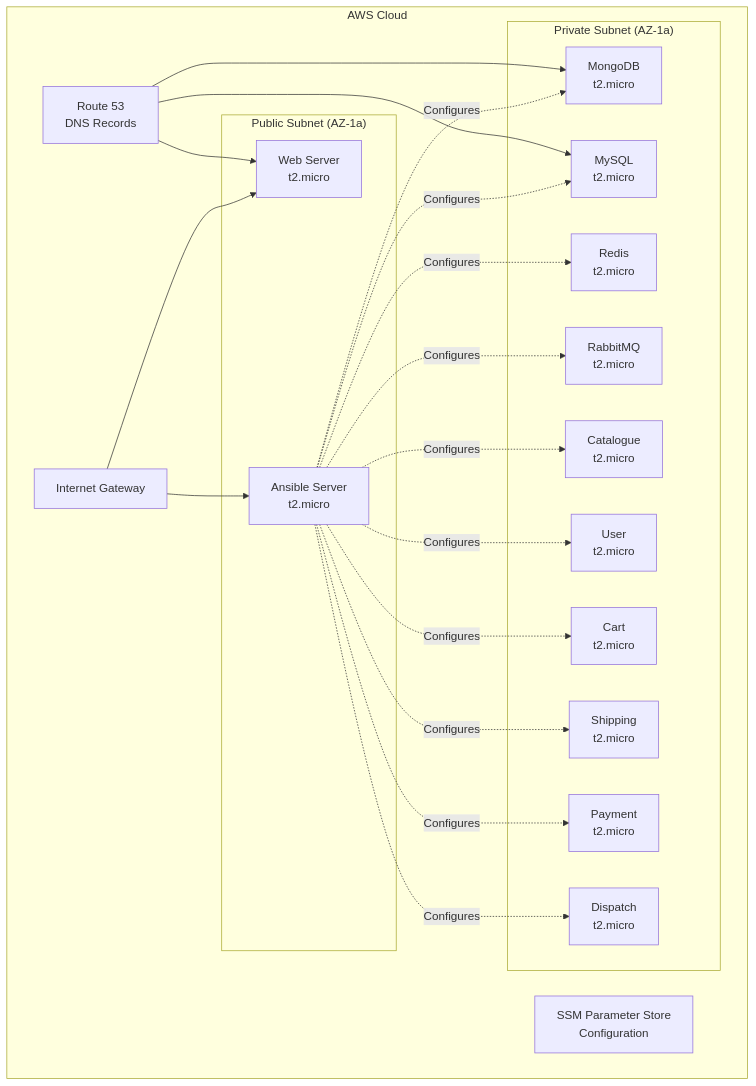
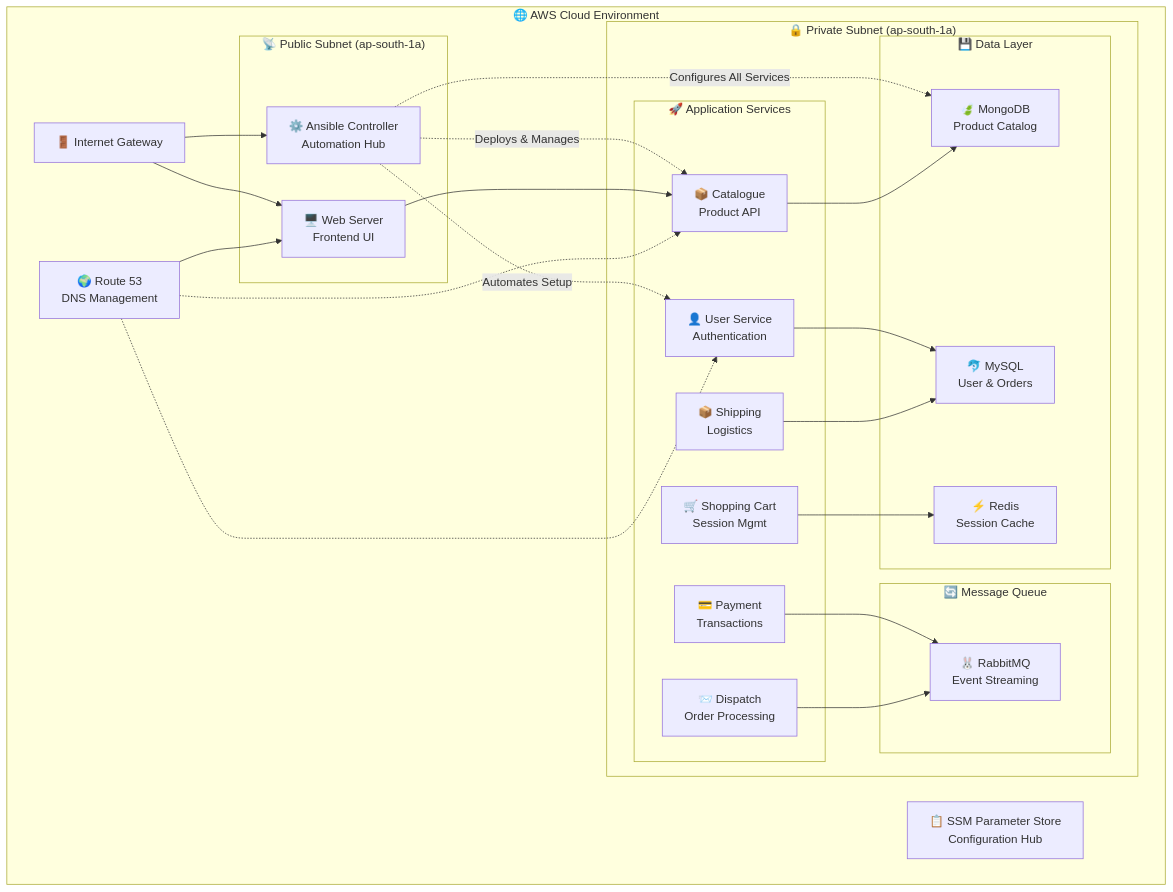
One commit to Sarthakx67/RoboShop-Deployment-with-Terraform-Ansible changed the diagram in README.md. Above: the diagram before and after it, drawn with Mermaid. The commit also changed other lines of this file, not shown here.

````diff
--- a/README.md
+++ b/README.md
@@ -47,42 +34,53 @@
 ```mermaid
 graph TB
-    subgraph "AWS Cloud"
-        subgraph "Public Subnet (AZ-1a)"
-            WEB[Web Server<br/>t2.micro]
-            ANSIBLE[Ansible Server<br/>t2.micro]
+    subgraph "🌐 AWS Cloud Environment"
+        subgraph "📡 Public Subnet (ap-south-1a)"
+            WEB["🖥️ Web Server<br/>Frontend UI"]
+            ANSIBLE["⚙️ Ansible Controller<br/>Automation Hub"]
         end
         
-        subgraph "Private Subnet (AZ-1a)"
-            MONGO[MongoDB<br/>t2.micro]
-            MYSQL[MySQL<br/>t2.micro]
-            REDIS[Redis<br/>t2.micro]
-            RABBIT[RabbitMQ<br/>t2.micro]
-            CAT[Catalogue<br/>t2.micro]
-            USER[User<br/>t2.micro]
-            CART[Cart<br/>t2.micro]
-            SHIP[Shipping<br/>t2.micro]
-            PAY[Payment<br/>t2.micro]
-            DISP[Dispatch<br/>t2.micro]
+        subgraph "🔒 Private Subnet (ap-south-1a)"
+            subgraph "💾 Data Layer"
+                MONGO["🍃 MongoDB<br/>Product Catalog"]
+                MYSQL["🐬 MySQL<br/>User & Orders"]
+                REDIS["⚡ Redis<br/>Session Cache"]
+            end
+            
+            subgraph "🔄 Message Queue"
+                RABBIT["🐰 RabbitMQ<br/>Event Streaming"]
+            end
+            
+            subgraph "🚀 Application Services"
+                CAT["📦 Catalogue<br/>Product API"]
+                USER["👤 User Service<br/>Authentication"]
+                CART["🛒 Shopping Cart<br/>Session Mgmt"]
+                SHIP["📦 Shipping<br/>Logistics"]
+                PAY["💳 Payment<br/>Transactions"]
+                DISP["📨 Dispatch<br/>Order Processing"]
+            end
         end
         
-        IGW[Internet Gateway]
-        R53[Route 53<br/>DNS Records]
-        SSM[SSM Parameter Store<br/>Configuration]
+        IGW["🚪 Internet Gateway"]
+        R53["🌍 Route 53<br/>DNS Management"]
+        SSM["📋 SSM Parameter Store<br/>Configuration Hub"]
     end
     
     IGW --> WEB
     IGW --> ANSIBLE
-    ANSIBLE -.->|Configures| MONGO
-    ANSIBLE -.->|Configures| MYSQL
-    ANSIBLE -.->|Configures| REDIS
-    ANSIBLE -.->|Configures| RABBIT
-    ANSIBLE -.->|Configures| CAT
-    ANSIBLE -.->|Configures| USER
-    ANSIBLE -.->|Configures| CART
-    ANSIBLE -.->|Configures| SHIP
-    ANSIBLE -.->|Configures| PAY
-    ANSIBLE -.->|Configures| DISP
+    
+    ANSIBLE -.->|"Configures All Services"| MONGO
+    ANSIBLE -.->|"Deploys & Manages"| CAT
+    ANSIBLE -.->|"Automates Setup"| USER
+    
+    WEB --> CAT
+    CAT --> MONGO
+    USER --> MYSQL
+    CART --> REDIS
+    SHIP --> MYSQL
+    PAY --> RABBIT
+    DISP --> RABBIT
+    
     R53 --> WEB
-    R53 --> MONGO
-    R53 --> MYSQL
+    R53 -.-> CAT
+    R53 -.-> USER
 ```
````
